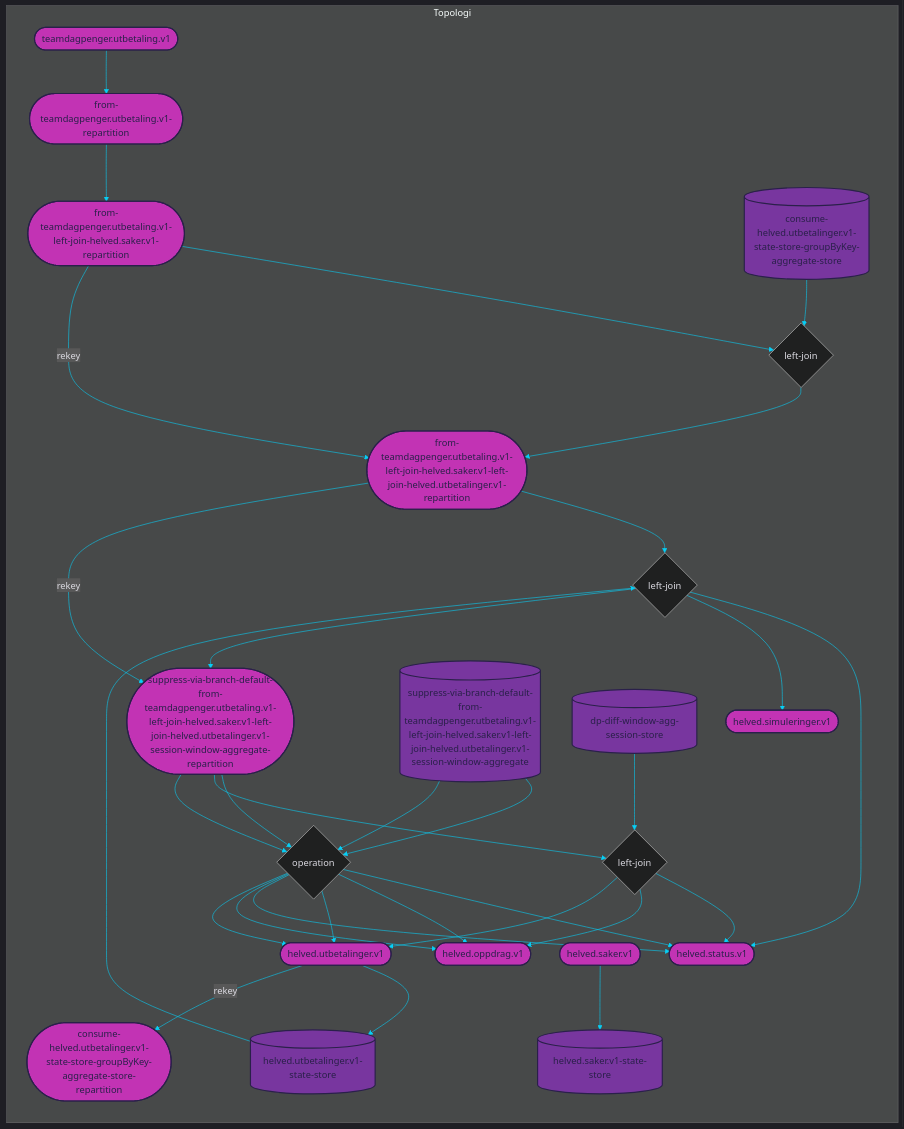
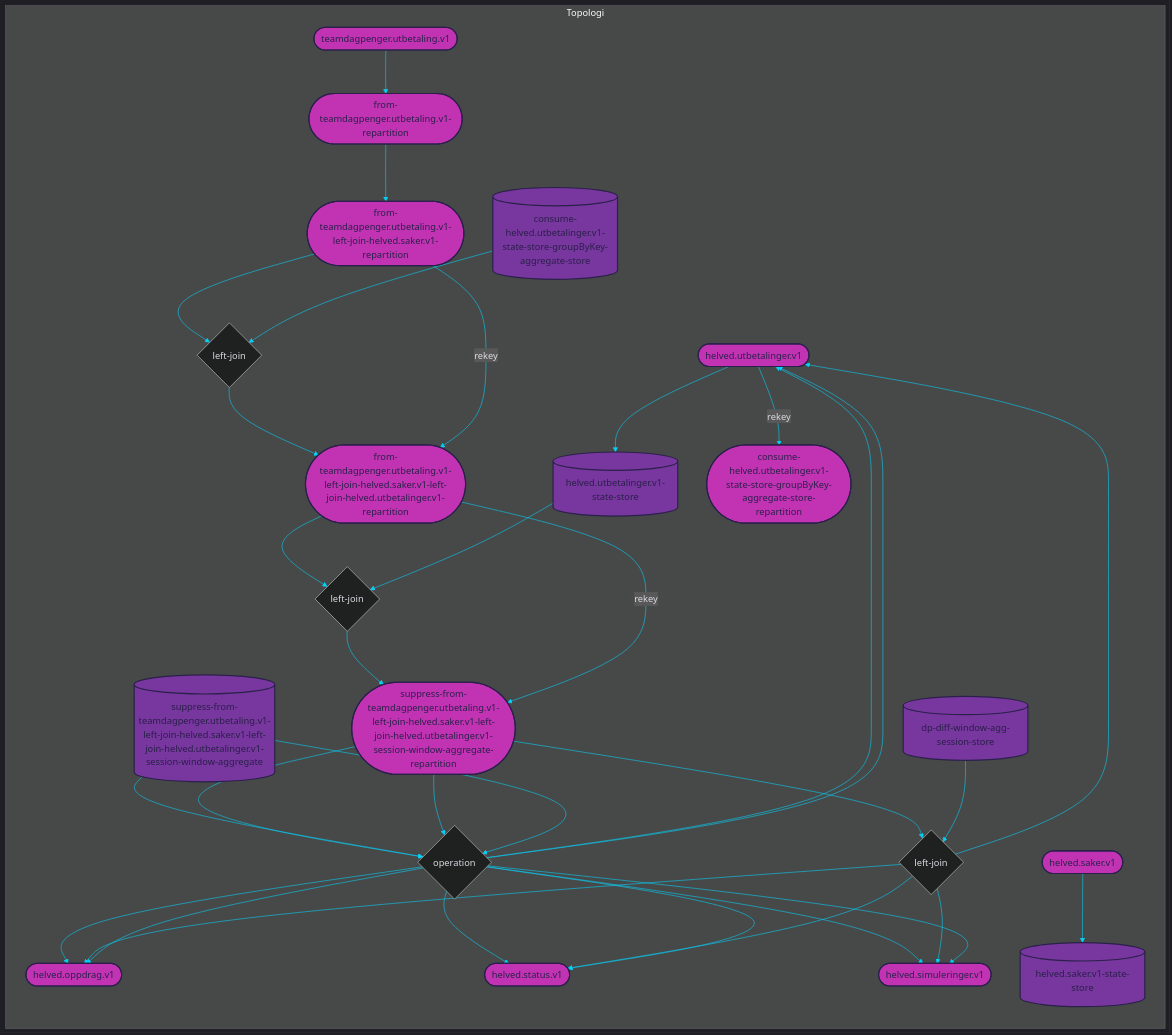
The diagram in dokumentasjon/abetal.mmd (navikt/helved-utbetaling), drawn with Mermaid before and after one commit. The commit also changed 5 other files, not shown here.

```diff
--- a/dokumentasjon/abetal.mmd
+++ b/dokumentasjon/abetal.mmd
@@ -5,31 +5,31 @@
 
 subgraph Topologi
     %% TOPICS
-    from-teamdagpenger.utbetaling.v1-left-join-helved.saker.v1-left-join-helved.utbetalinger.v1-repartition([from-teamdagpenger.utbetaling.v1-left-join-helved.saker.v1-left-join-helved.utbetalinger.v1-repartition])
-	helved.utbetalinger.v1([helved.utbetalinger.v1])
+    helved.utbetalinger.v1([helved.utbetalinger.v1])
+	from-teamdagpenger.utbetaling.v1-left-join-helved.saker.v1-left-join-helved.utbetalinger.v1-repartition([from-teamdagpenger.utbetaling.v1-left-join-helved.saker.v1-left-join-helved.utbetalinger.v1-repartition])
 	consume-helved.utbetalinger.v1-state-store-groupByKey-aggregate-store-repartition([consume-helved.utbetalinger.v1-state-store-groupByKey-aggregate-store-repartition])
-	helved.simuleringer.v1([helved.simuleringer.v1])
-	helved.status.v1([helved.status.v1])
-	suppress-via-branch-default-from-teamdagpenger.utbetaling.v1-left-join-helved.saker.v1-left-join-helved.utbetalinger.v1-session-window-aggregate-repartition([suppress-via-branch-default-from-teamdagpenger.utbetaling.v1-left-join-helved.saker.v1-left-join-helved.utbetalinger.v1-session-window-aggregate-repartition])
+	suppress-from-teamdagpenger.utbetaling.v1-left-join-helved.saker.v1-left-join-helved.utbetalinger.v1-session-window-aggregate-repartition([suppress-from-teamdagpenger.utbetaling.v1-left-join-helved.saker.v1-left-join-helved.utbetalinger.v1-session-window-aggregate-repartition])
 	from-teamdagpenger.utbetaling.v1-left-join-helved.saker.v1-repartition([from-teamdagpenger.utbetaling.v1-left-join-helved.saker.v1-repartition])
 	helved.saker.v1([helved.saker.v1])
 	teamdagpenger.utbetaling.v1([teamdagpenger.utbetaling.v1])
 	from-teamdagpenger.utbetaling.v1-repartition([from-teamdagpenger.utbetaling.v1-repartition])
 	helved.oppdrag.v1([helved.oppdrag.v1])
+	helved.simuleringer.v1([helved.simuleringer.v1])
+	helved.status.v1([helved.status.v1])
 
     %% JOINS
     from-teamdagpenger.utbetaling.v1-left-join-helved.saker.v1-left-join-helved.utbetalinger.v1{left-join}
 	from-teamdagpenger.utbetaling.v1-left-join-helved.saker.v1{left-join}
-	via-branch-default-from-teamdagpenger.utbetaling.v1-left-join-helved.saker.v1-left-join-helved.utbetalinger.v1-session-window-operation-reduced{left-join}
-	suppress-via-branch-default-from-teamdagpenger.utbetaling.v1-left-join-helved.saker.v1-left-join-helved.utbetalinger.v1-session-window{left-join}
+	from-teamdagpenger.utbetaling.v1-left-join-helved.saker.v1-left-join-helved.utbetalinger.v1-session-window-operation-reduced{left-join}
+	suppress-from-teamdagpenger.utbetaling.v1-left-join-helved.saker.v1-left-join-helved.utbetalinger.v1-session-window{left-join}
 
     %% STATE PROCESSORS
-    via-branch-default-from-teamdagpenger.utbetaling.v1-left-join-helved.saker.v1-left-join-helved.utbetalinger.v1-session-window-operation-reduced{operation}
+    from-teamdagpenger.utbetaling.v1-left-join-helved.saker.v1-left-join-helved.utbetalinger.v1-session-window-operation-reduced{operation}
     
     %% STATE STORES
     helved.utbetalinger.v1-state-store[(helved.utbetalinger.v1-state-store)]
 	consume-helved.utbetalinger.v1-state-store-groupByKey-aggregate-store[(consume-helved.utbetalinger.v1-state-store-groupByKey-aggregate-store)]
-	suppress-via-branch-default-from-teamdagpenger.utbetaling.v1-left-join-helved.saker.v1-left-join-helved.utbetalinger.v1-session-window-aggregate[(suppress-via-branch-default-from-teamdagpenger.utbetaling.v1-left-join-helved.saker.v1-left-join-helved.utbetalinger.v1-session-window-aggregate)]
+	suppress-from-teamdagpenger.utbetaling.v1-left-join-helved.saker.v1-left-join-helved.utbetalinger.v1-session-window-aggregate[(suppress-from-teamdagpenger.utbetaling.v1-left-join-helved.saker.v1-left-join-helved.utbetalinger.v1-session-window-aggregate)]
 	dp-diff-window-agg-session-store[(dp-diff-window-agg-session-store)]
 	helved.saker.v1-state-store[(helved.saker.v1-state-store)]
     
@@ -43,22 +43,22 @@
     %% JOIN STREAMS
     from-teamdagpenger.utbetaling.v1-left-join-helved.saker.v1-left-join-helved.utbetalinger.v1-repartition --> from-teamdagpenger.utbetaling.v1-left-join-helved.saker.v1-left-join-helved.utbetalinger.v1
 	helved.utbetalinger.v1-state-store --> from-teamdagpenger.utbetaling.v1-left-join-helved.saker.v1-left-join-helved.utbetalinger.v1
-	from-teamdagpenger.utbetaling.v1-left-join-helved.saker.v1-left-join-helved.utbetalinger.v1 --> helved.status.v1
-	from-teamdagpenger.utbetaling.v1-left-join-helved.saker.v1-left-join-helved.utbetalinger.v1 --> helved.simuleringer.v1
-	from-teamdagpenger.utbetaling.v1-left-join-helved.saker.v1-left-join-helved.utbetalinger.v1 --> suppress-via-branch-default-from-teamdagpenger.utbetaling.v1-left-join-helved.saker.v1-left-join-helved.utbetalinger.v1-session-window-aggregate-repartition
+	from-teamdagpenger.utbetaling.v1-left-join-helved.saker.v1-left-join-helved.utbetalinger.v1 --> suppress-from-teamdagpenger.utbetaling.v1-left-join-helved.saker.v1-left-join-helved.utbetalinger.v1-session-window-aggregate-repartition
 	from-teamdagpenger.utbetaling.v1-left-join-helved.saker.v1-repartition --> from-teamdagpenger.utbetaling.v1-left-join-helved.saker.v1
 	consume-helved.utbetalinger.v1-state-store-groupByKey-aggregate-store --> from-teamdagpenger.utbetaling.v1-left-join-helved.saker.v1
 	from-teamdagpenger.utbetaling.v1-left-join-helved.saker.v1 --> from-teamdagpenger.utbetaling.v1-left-join-helved.saker.v1-left-join-helved.utbetalinger.v1-repartition
-	suppress-via-branch-default-from-teamdagpenger.utbetaling.v1-left-join-helved.saker.v1-left-join-helved.utbetalinger.v1-session-window-aggregate-repartition --> via-branch-default-from-teamdagpenger.utbetaling.v1-left-join-helved.saker.v1-left-join-helved.utbetalinger.v1-session-window-operation-reduced
-	suppress-via-branch-default-from-teamdagpenger.utbetaling.v1-left-join-helved.saker.v1-left-join-helved.utbetalinger.v1-session-window-aggregate --> via-branch-default-from-teamdagpenger.utbetaling.v1-left-join-helved.saker.v1-left-join-helved.utbetalinger.v1-session-window-operation-reduced
-	via-branch-default-from-teamdagpenger.utbetaling.v1-left-join-helved.saker.v1-left-join-helved.utbetalinger.v1-session-window-operation-reduced --> helved.status.v1
-	via-branch-default-from-teamdagpenger.utbetaling.v1-left-join-helved.saker.v1-left-join-helved.utbetalinger.v1-session-window-operation-reduced --> helved.oppdrag.v1
-	via-branch-default-from-teamdagpenger.utbetaling.v1-left-join-helved.saker.v1-left-join-helved.utbetalinger.v1-session-window-operation-reduced --> helved.utbetalinger.v1
-	suppress-via-branch-default-from-teamdagpenger.utbetaling.v1-left-join-helved.saker.v1-left-join-helved.utbetalinger.v1-session-window-aggregate-repartition --> suppress-via-branch-default-from-teamdagpenger.utbetaling.v1-left-join-helved.saker.v1-left-join-helved.utbetalinger.v1-session-window
-	dp-diff-window-agg-session-store --> suppress-via-branch-default-from-teamdagpenger.utbetaling.v1-left-join-helved.saker.v1-left-join-helved.utbetalinger.v1-session-window
-	suppress-via-branch-default-from-teamdagpenger.utbetaling.v1-left-join-helved.saker.v1-left-join-helved.utbetalinger.v1-session-window --> helved.status.v1
-	suppress-via-branch-default-from-teamdagpenger.utbetaling.v1-left-join-helved.saker.v1-left-join-helved.utbetalinger.v1-session-window --> helved.oppdrag.v1
-	suppress-via-branch-default-from-teamdagpenger.utbetaling.v1-left-join-helved.saker.v1-left-join-helved.utbetalinger.v1-session-window --> helved.utbetalinger.v1
+	suppress-from-teamdagpenger.utbetaling.v1-left-join-helved.saker.v1-left-join-helved.utbetalinger.v1-session-window-aggregate-repartition --> from-teamdagpenger.utbetaling.v1-left-join-helved.saker.v1-left-join-helved.utbetalinger.v1-session-window-operation-reduced
+	suppress-from-teamdagpenger.utbetaling.v1-left-join-helved.saker.v1-left-join-helved.utbetalinger.v1-session-window-aggregate --> from-teamdagpenger.utbetaling.v1-left-join-helved.saker.v1-left-join-helved.utbetalinger.v1-session-window-operation-reduced
+	from-teamdagpenger.utbetaling.v1-left-join-helved.saker.v1-left-join-helved.utbetalinger.v1-session-window-operation-reduced --> helved.utbetalinger.v1
+	from-teamdagpenger.utbetaling.v1-left-join-helved.saker.v1-left-join-helved.utbetalinger.v1-session-window-operation-reduced --> helved.oppdrag.v1
+	from-teamdagpenger.utbetaling.v1-left-join-helved.saker.v1-left-join-helved.utbetalinger.v1-session-window-operation-reduced --> helved.status.v1
+	from-teamdagpenger.utbetaling.v1-left-join-helved.saker.v1-left-join-helved.utbetalinger.v1-session-window-operation-reduced --> helved.simuleringer.v1
+	suppress-from-teamdagpenger.utbetaling.v1-left-join-helved.saker.v1-left-join-helved.utbetalinger.v1-session-window-aggregate-repartition --> suppress-from-teamdagpenger.utbetaling.v1-left-join-helved.saker.v1-left-join-helved.utbetalinger.v1-session-window
+	dp-diff-window-agg-session-store --> suppress-from-teamdagpenger.utbetaling.v1-left-join-helved.saker.v1-left-join-helved.utbetalinger.v1-session-window
+	suppress-from-teamdagpenger.utbetaling.v1-left-join-helved.saker.v1-left-join-helved.utbetalinger.v1-session-window --> helved.utbetalinger.v1
+	suppress-from-teamdagpenger.utbetaling.v1-left-join-helved.saker.v1-left-join-helved.utbetalinger.v1-session-window --> helved.oppdrag.v1
+	suppress-from-teamdagpenger.utbetaling.v1-left-join-helved.saker.v1-left-join-helved.utbetalinger.v1-session-window --> helved.status.v1
+	suppress-from-teamdagpenger.utbetaling.v1-left-join-helved.saker.v1-left-join-helved.utbetalinger.v1-session-window --> helved.simuleringer.v1
 
     %% TABLE STREAMS
     helved.utbetalinger.v1 --> helved.utbetalinger.v1-state-store
@@ -71,8 +71,8 @@
     
 
     %% REPARTITION STREAMS
-    from-teamdagpenger.utbetaling.v1-left-join-helved.saker.v1-left-join-helved.utbetalinger.v1-repartition --> |rekey| suppress-via-branch-default-from-teamdagpenger.utbetaling.v1-left-join-helved.saker.v1-left-join-helved.utbetalinger.v1-session-window-aggregate-repartition
-	helved.utbetalinger.v1 --> |rekey| consume-helved.utbetalinger.v1-state-store-groupByKey-aggregate-store-repartition
+    helved.utbetalinger.v1 --> |rekey| consume-helved.utbetalinger.v1-state-store-groupByKey-aggregate-store-repartition
+	from-teamdagpenger.utbetaling.v1-left-join-helved.saker.v1-left-join-helved.utbetalinger.v1-repartition --> |rekey| suppress-from-teamdagpenger.utbetaling.v1-left-join-helved.saker.v1-left-join-helved.utbetalinger.v1-session-window-aggregate-repartition
 	from-teamdagpenger.utbetaling.v1-left-join-helved.saker.v1-repartition --> |rekey| from-teamdagpenger.utbetaling.v1-left-join-helved.saker.v1-left-join-helved.utbetalinger.v1-repartition
     
     %% BASIC STREAMS
@@ -80,11 +80,12 @@
 	from-teamdagpenger.utbetaling.v1-repartition --> from-teamdagpenger.utbetaling.v1-left-join-helved.saker.v1-repartition
     
     %% CUSTOM PROCESS STREAMS
-    suppress-via-branch-default-from-teamdagpenger.utbetaling.v1-left-join-helved.saker.v1-left-join-helved.utbetalinger.v1-session-window-aggregate-repartition --> via-branch-default-from-teamdagpenger.utbetaling.v1-left-join-helved.saker.v1-left-join-helved.utbetalinger.v1-session-window-operation-reduced
-	suppress-via-branch-default-from-teamdagpenger.utbetaling.v1-left-join-helved.saker.v1-left-join-helved.utbetalinger.v1-session-window-aggregate --> via-branch-default-from-teamdagpenger.utbetaling.v1-left-join-helved.saker.v1-left-join-helved.utbetalinger.v1-session-window-operation-reduced
-	via-branch-default-from-teamdagpenger.utbetaling.v1-left-join-helved.saker.v1-left-join-helved.utbetalinger.v1-session-window-operation-reduced --> helved.status.v1
-	via-branch-default-from-teamdagpenger.utbetaling.v1-left-join-helved.saker.v1-left-join-helved.utbetalinger.v1-session-window-operation-reduced --> helved.oppdrag.v1
-	via-branch-default-from-teamdagpenger.utbetaling.v1-left-join-helved.saker.v1-left-join-helved.utbetalinger.v1-session-window-operation-reduced --> helved.utbetalinger.v1
+    suppress-from-teamdagpenger.utbetaling.v1-left-join-helved.saker.v1-left-join-helved.utbetalinger.v1-session-window-aggregate-repartition --> from-teamdagpenger.utbetaling.v1-left-join-helved.saker.v1-left-join-helved.utbetalinger.v1-session-window-operation-reduced
+	suppress-from-teamdagpenger.utbetaling.v1-left-join-helved.saker.v1-left-join-helved.utbetalinger.v1-session-window-aggregate --> from-teamdagpenger.utbetaling.v1-left-join-helved.saker.v1-left-join-helved.utbetalinger.v1-session-window-operation-reduced
+	from-teamdagpenger.utbetaling.v1-left-join-helved.saker.v1-left-join-helved.utbetalinger.v1-session-window-operation-reduced --> helved.utbetalinger.v1
+	from-teamdagpenger.utbetaling.v1-left-join-helved.saker.v1-left-join-helved.utbetalinger.v1-session-window-operation-reduced --> helved.oppdrag.v1
+	from-teamdagpenger.utbetaling.v1-left-join-helved.saker.v1-left-join-helved.utbetalinger.v1-session-window-operation-reduced --> helved.status.v1
+	from-teamdagpenger.utbetaling.v1-left-join-helved.saker.v1-left-join-helved.utbetalinger.v1-session-window-operation-reduced --> helved.simuleringer.v1
 end
 
 %% COLORS
@@ -95,19 +96,19 @@
 %% blue     #07cff6
 
 %% STYLES
+style helved.utbetalinger.v1 fill:#c233b4, stroke:#2a204a, stroke-width:2px, color:#2a204a
 style from-teamdagpenger.utbetaling.v1-left-join-helved.saker.v1-left-join-helved.utbetalinger.v1-repartition fill:#c233b4, stroke:#2a204a, stroke-width:2px, color:#2a204a
-style helved.utbetalinger.v1 fill:#c233b4, stroke:#2a204a, stroke-width:2px, color:#2a204a
 style consume-helved.utbetalinger.v1-state-store-groupByKey-aggregate-store-repartition fill:#c233b4, stroke:#2a204a, stroke-width:2px, color:#2a204a
-style helved.simuleringer.v1 fill:#c233b4, stroke:#2a204a, stroke-width:2px, color:#2a204a
-style helved.status.v1 fill:#c233b4, stroke:#2a204a, stroke-width:2px, color:#2a204a
-style suppress-via-branch-default-from-teamdagpenger.utbetaling.v1-left-join-helved.saker.v1-left-join-helved.utbetalinger.v1-session-window-aggregate-repartition fill:#c233b4, stroke:#2a204a, stroke-width:2px, color:#2a204a
+style suppress-from-teamdagpenger.utbetaling.v1-left-join-helved.saker.v1-left-join-helved.utbetalinger.v1-session-window-aggregate-repartition fill:#c233b4, stroke:#2a204a, stroke-width:2px, color:#2a204a
 style from-teamdagpenger.utbetaling.v1-left-join-helved.saker.v1-repartition fill:#c233b4, stroke:#2a204a, stroke-width:2px, color:#2a204a
 style helved.saker.v1 fill:#c233b4, stroke:#2a204a, stroke-width:2px, color:#2a204a
 style teamdagpenger.utbetaling.v1 fill:#c233b4, stroke:#2a204a, stroke-width:2px, color:#2a204a
 style from-teamdagpenger.utbetaling.v1-repartition fill:#c233b4, stroke:#2a204a, stroke-width:2px, color:#2a204a
 style helved.oppdrag.v1 fill:#c233b4, stroke:#2a204a, stroke-width:2px, color:#2a204a
+style helved.simuleringer.v1 fill:#c233b4, stroke:#2a204a, stroke-width:2px, color:#2a204a
+style helved.status.v1 fill:#c233b4, stroke:#2a204a, stroke-width:2px, color:#2a204a
 style helved.utbetalinger.v1-state-store fill:#78369f, stroke:#2a204a, stroke-width:2px, color:#2a204a
 style consume-helved.utbetalinger.v1-state-store-groupByKey-aggregate-store fill:#78369f, stroke:#2a204a, stroke-width:2px, color:#2a204a
-style suppress-via-branch-default-from-teamdagpenger.utbetaling.v1-left-join-helved.saker.v1-left-join-helved.utbetalinger.v1-session-window-aggregate fill:#78369f, stroke:#2a204a, stroke-width:2px, color:#2a204a
+style suppress-from-teamdagpenger.utbetaling.v1-left-join-helved.saker.v1-left-join-helved.utbetalinger.v1-session-window-aggregate fill:#78369f, stroke:#2a204a, stroke-width:2px, color:#2a204a
 style dp-diff-window-agg-session-store fill:#78369f, stroke:#2a204a, stroke-width:2px, color:#2a204a
 style helved.saker.v1-state-store fill:#78369f, stroke:#2a204a, stroke-width:2px, color:#2a204a
```
